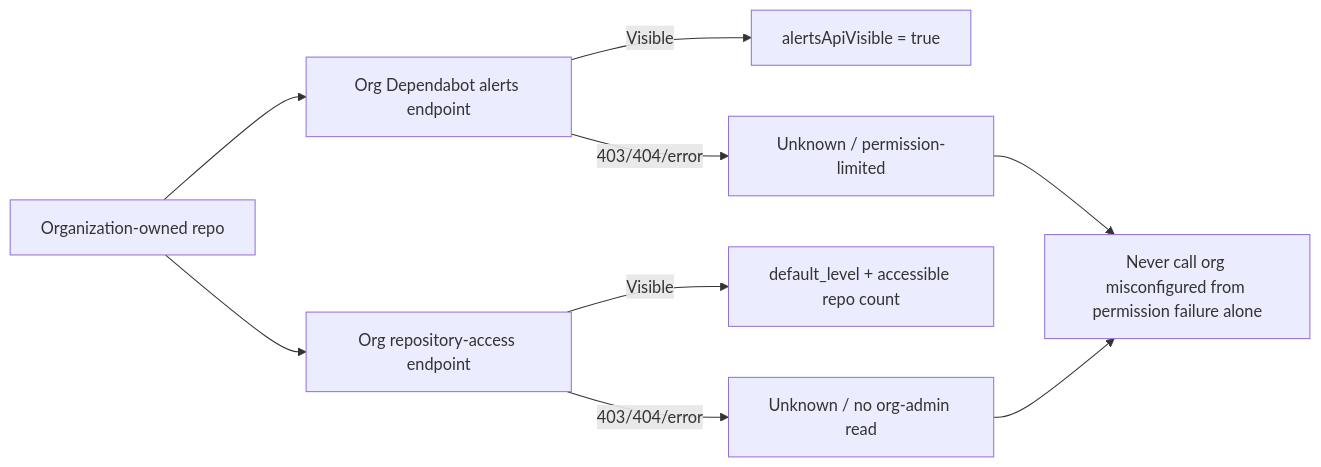
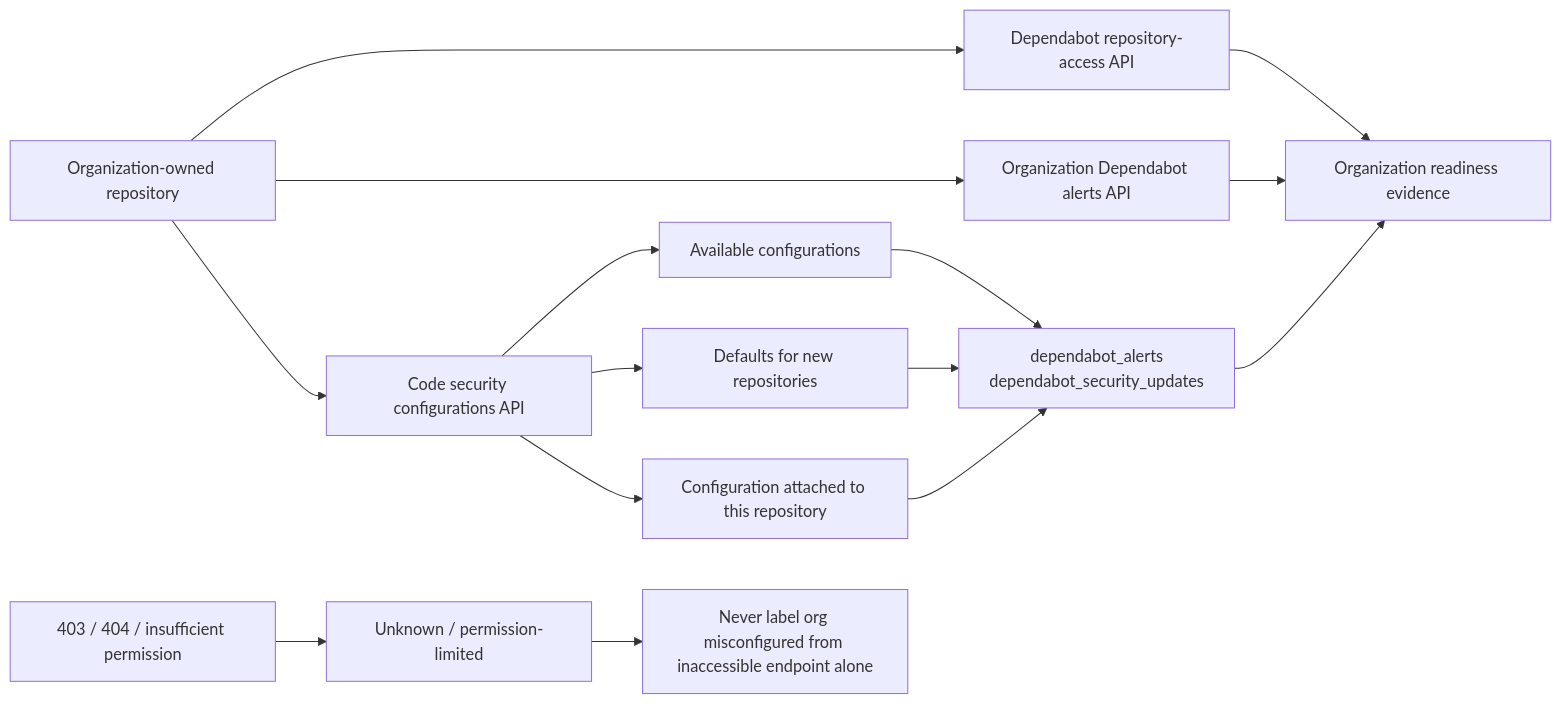
Before and after one commit to franciscofunes/copilot-security-pack: the third of 4 diagrams in docs/DEPENDABOT_INTELLIGENCE.md, drawn with Mermaid. The commit also changed other lines of this file, not shown here.

Commit message:
docs: document organization Dependabot configuration evidence

````diff
--- a/docs/DEPENDABOT_INTELLIGENCE.md
+++ b/docs/DEPENDABOT_INTELLIGENCE.md
@@ -147,14 +75,21 @@
 ```mermaid
 flowchart LR
-    repo["Organization-owned repo"] --> alerts["Org Dependabot alerts endpoint"]
-    repo --> access["Org repository-access endpoint"]
+    repo["Organization-owned repository"] --> depAccess["Dependabot repository-access API"]
+    repo --> orgAlerts["Organization Dependabot alerts API"]
+    repo --> configs["Code security configurations API"]
 
-    alerts -->|Visible| av["alertsApiVisible = true"]
-    alerts -->|403/404/error| au["Unknown / permission-limited"]
+    configs --> available["Available configurations"]
+    configs --> defaults["Defaults for new repositories"]
+    configs --> attached["Configuration attached to this repository"]
 
-    access -->|Visible| level["default_level + accessible repo count"]
-    access -->|403/404/error| unknown["Unknown / no org-admin read"]
+    available --> settings["dependabot_alerts\ndependabot_security_updates"]
+    defaults --> settings
+    attached --> settings
 
-    au --> rule["Never call org misconfigured from permission failure alone"]
-    unknown --> rule
+    depAccess --> evidence["Organization readiness evidence"]
+    orgAlerts --> evidence
+    settings --> evidence
+
+    denied["403 / 404 / insufficient permission"] --> unknown["Unknown / permission-limited"]
+    unknown --> rule["Never label org misconfigured from inaccessible endpoint alone"]
 ```
````
